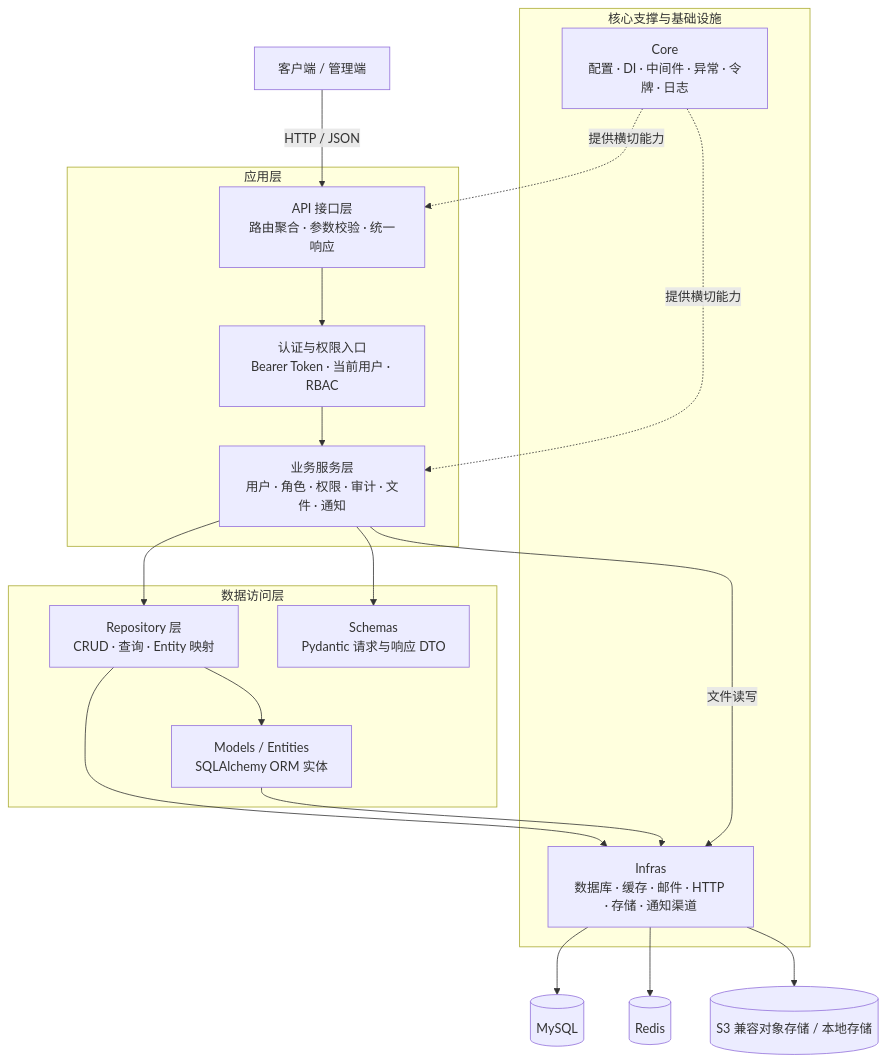
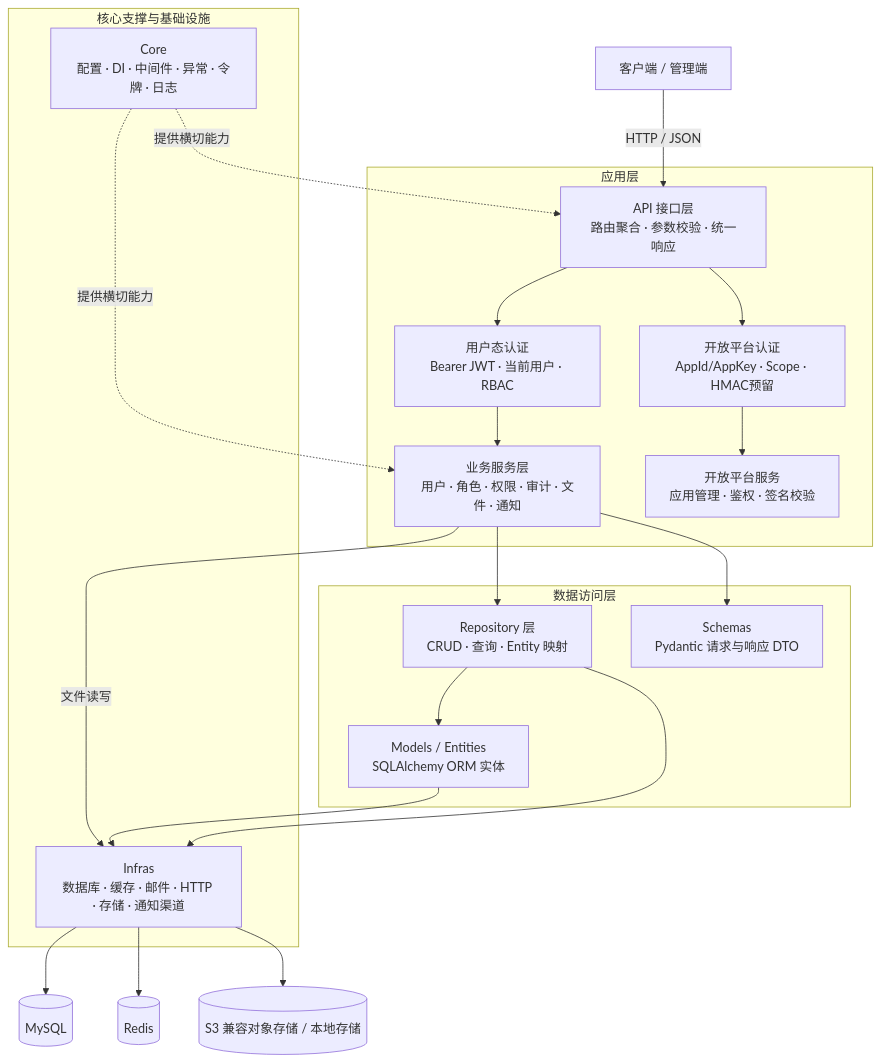
One commit to cross-lang/x-HanJiang changed the first of 3 diagrams in README.md. Above: the diagram before and after it, drawn with Mermaid. The commit also changed other lines of this file and 1 other file, not shown here.

````diff
--- a/README.md
+++ b/README.md
@@ -250,29 +265,31 @@
 ```mermaid
 flowchart TB
   Client[客户端 / 管理端] -->|HTTP / JSON| API[API 接口层<br/>路由聚合 · 参数校验 · 统一响应]
 
   subgraph Application[应用层]
-    API --> Auth[认证与权限入口<br/>Bearer Token · 当前用户 · RBAC]
+    API --> Auth[用户态认证<br/>Bearer JWT · 当前用户 · RBAC]
+    API --> OpenAuth[开放平台认证<br/>AppId/AppKey · Scope · HMAC预留]
     Auth --> Service[业务服务层<br/>用户 · 角色 · 权限 · 审计 · 文件 · 通知]
+    OpenAuth --> OpenService[开放平台服务<br/>应用管理 · 鉴权 · 签名校验]
   end
 
   subgraph Data[数据访问层]
     Service --> Repository[Repository 层<br/>CRUD · 查询 · Entity 映射]
     Repository --> Entity[Models / Entities<br/>SQLAlchemy ORM 实体]
     Service --> Schema[Schemas<br/>Pydantic 请求与响应 DTO]
   end
 
   subgraph Support[核心支撑与基础设施]
     Core[Core<br/>配置 · DI · 中间件 · 异常 · 令牌 · 日志]
     Infra[Infras<br/>数据库 · 缓存 · 邮件 · HTTP · 存储 · 通知渠道]
   end
 
   Core -.提供横切能力.-> API
   Core -.提供横切能力.-> Service
   Repository --> Infra
   Entity --> Infra
   Service -->|文件读写| Infra
   Infra --> DB[(MySQL)]
   Infra --> Redis[(Redis)]
   Infra --> OSS[(S3 兼容对象存储 / 本地存储)]
 ```
````
